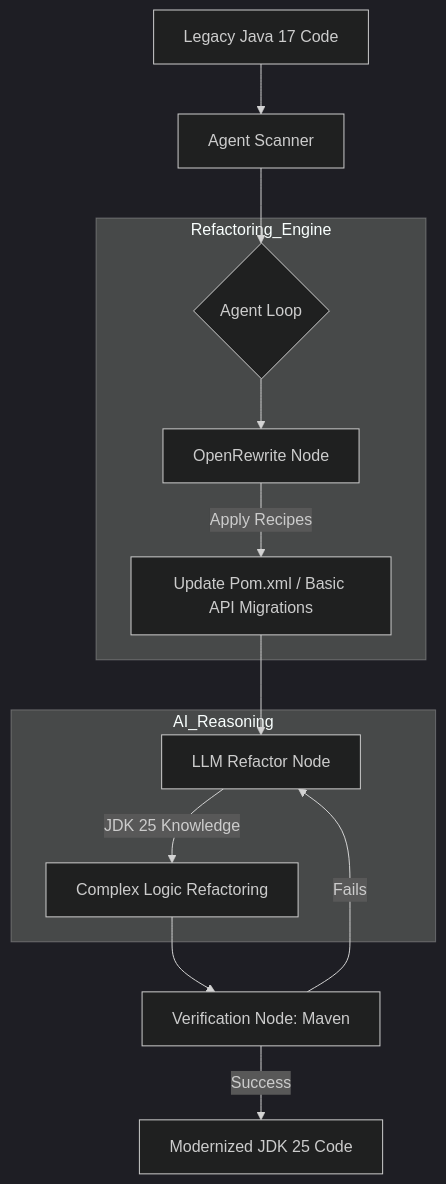
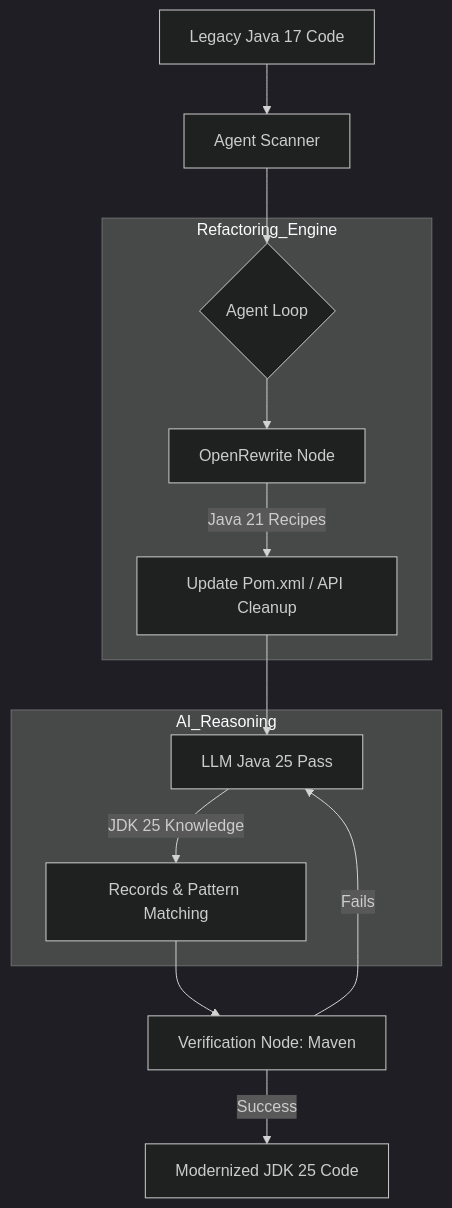
The diagram in README.md (rashtekar/jdk-modernizer-agent), drawn with Mermaid (dark theme) before and after one commit. The commit also changed other lines of this file, not shown here.

````diff
--- a/README.md
+++ b/README.md
@@ -23,19 +23,19 @@
 ```mermaid
 graph TD
     A[Legacy Java 17 Code] --> B[Agent Scanner]
     B --> C{Agent Loop}
     
     subgraph Refactoring_Engine
         C --> D[OpenRewrite Node]
-        D -- "Apply Recipes" --> E[Update Pom.xml / Basic API Migrations]
+        D -- "Java 21 Recipes" --> E[Update Pom.xml / API Cleanup]
     end
 
     subgraph AI_Reasoning
-        E --> F[LLM Refactor Node]
-        F -- "JDK 25 Knowledge" --> G[Complex Logic Refactoring]
+        E --> F[LLM Java 25 Pass]
+        F -- "JDK 25 Knowledge" --> G[Records & Pattern Matching]
     end
 
     G --> H[Verification Node: Maven]
     H -- "Fails" --> F
     H -- "Success" --> I[Modernized JDK 25 Code]
 ```
````
